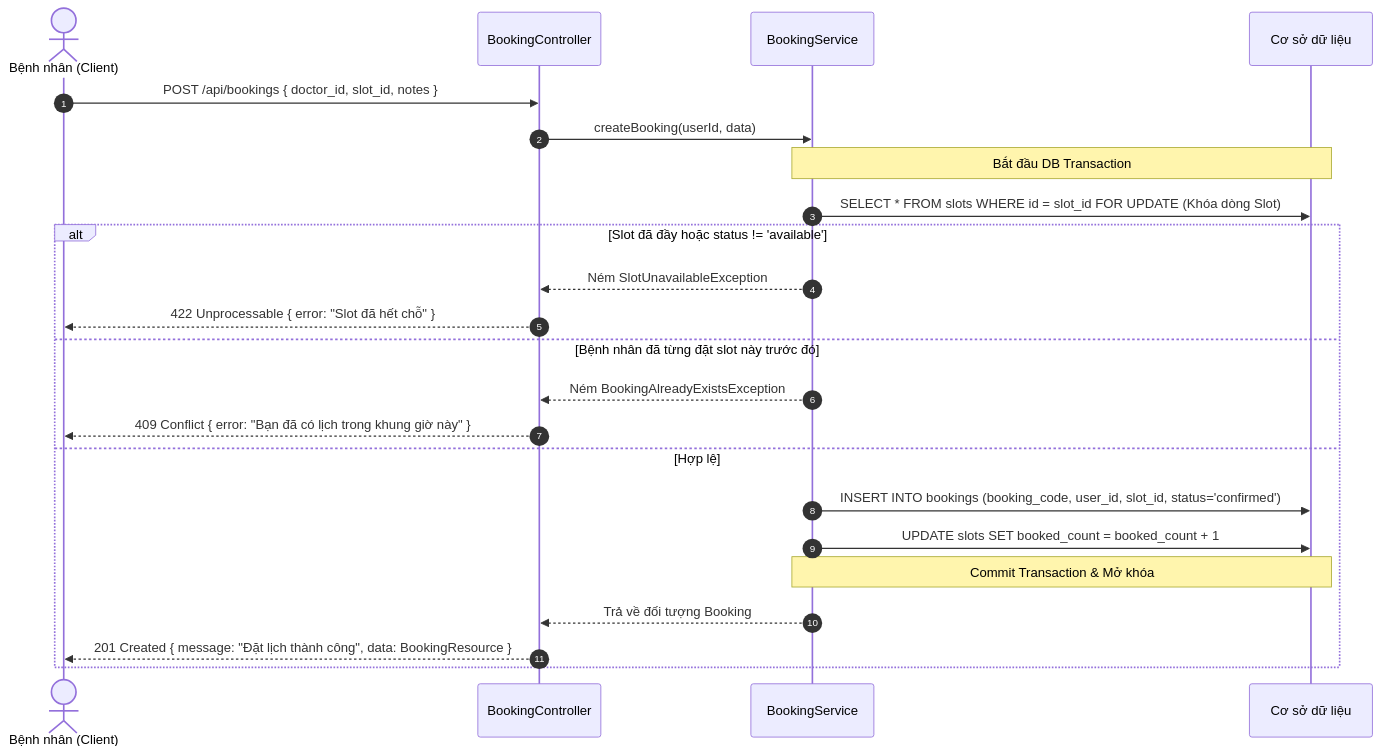
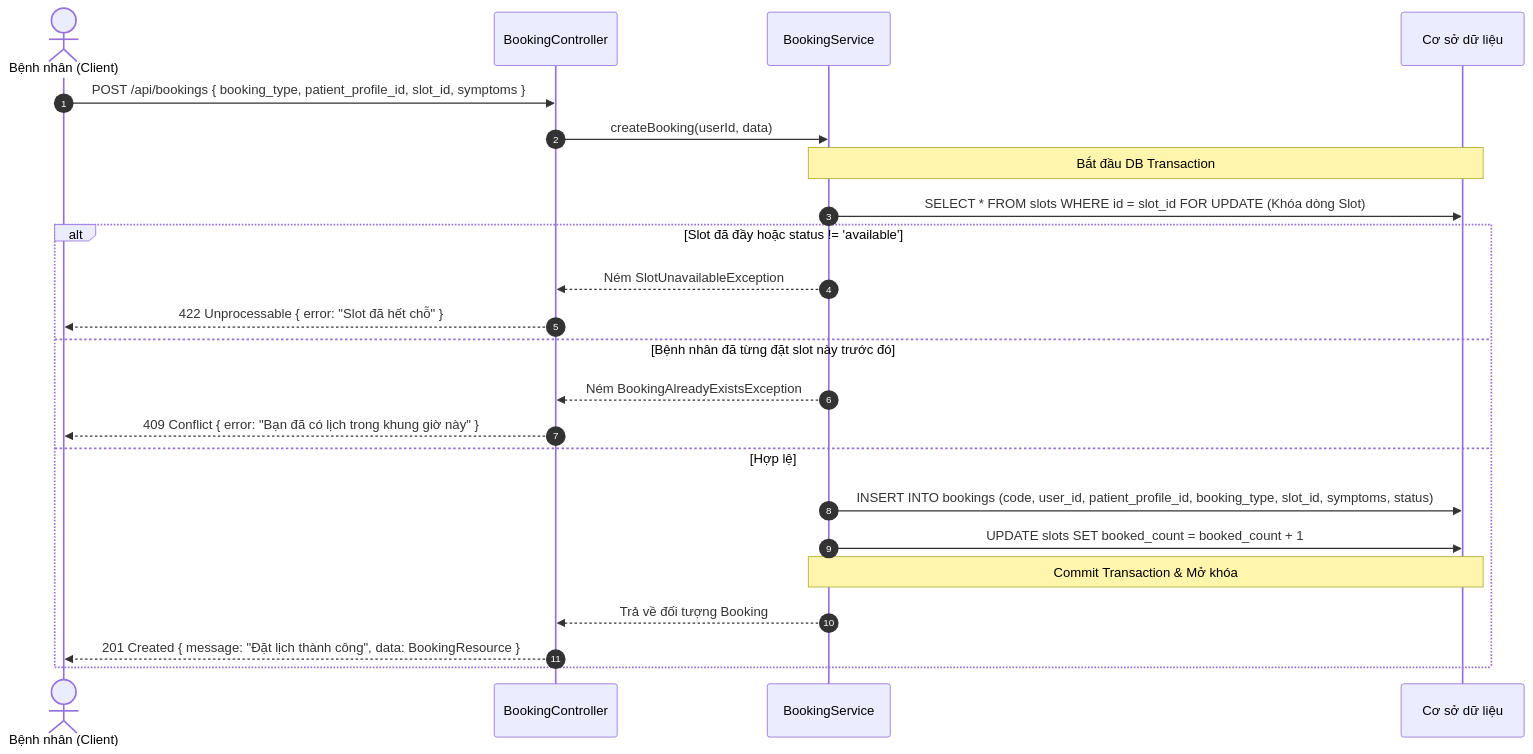
Before and after one commit to th4nhc0n999/Mini-Project-IS207: the third of 3 diagrams in README.md, drawn with Mermaid. The commit also changed other lines of this file and 4 other files, not shown here.

Commit message:
Agent Host changes for agents/update-db-schema-docs

````diff
--- a/README.md
+++ b/README.md
@@ -295,26 +337,26 @@
 ```mermaid
 sequenceDiagram
     autonumber
     actor Patient as Bệnh nhân (Client)
     participant Ctrl as BookingController
     participant Svc as BookingService
     participant DB as Cơ sở dữ liệu
 
-    Patient->>Ctrl: POST /api/bookings { doctor_id, slot_id, notes }
+    Patient->>Ctrl: POST /api/bookings { booking_type, patient_profile_id, slot_id, symptoms }
     Ctrl->>Svc: createBooking(userId, data)
     Note over Svc,DB: Bắt đầu DB Transaction
     Svc->>DB: SELECT * FROM slots WHERE id = slot_id FOR UPDATE (Khóa dòng Slot)
     alt Slot đã đầy hoặc status != 'available'
         Svc-->>Ctrl: Ném SlotUnavailableException
         Ctrl-->>Patient: 422 Unprocessable { error: "Slot đã hết chỗ" }
     else Bệnh nhân đã từng đặt slot này trước đó
         Svc-->>Ctrl: Ném BookingAlreadyExistsException
         Ctrl-->>Patient: 409 Conflict { error: "Bạn đã có lịch trong khung giờ này" }
     else Hợp lệ
-        Svc->>DB: INSERT INTO bookings (booking_code, user_id, slot_id, status='confirmed')
+        Svc->>DB: INSERT INTO bookings (code, user_id, patient_profile_id, booking_type, slot_id, symptoms, status)
         Svc->>DB: UPDATE slots SET booked_count = booked_count + 1
         Note over Svc,DB: Commit Transaction & Mở khóa
         Svc-->>Ctrl: Trả về đối tượng Booking
         Ctrl-->>Patient: 201 Created { message: "Đặt lịch thành công", data: BookingResource }
     end
 ```
````
